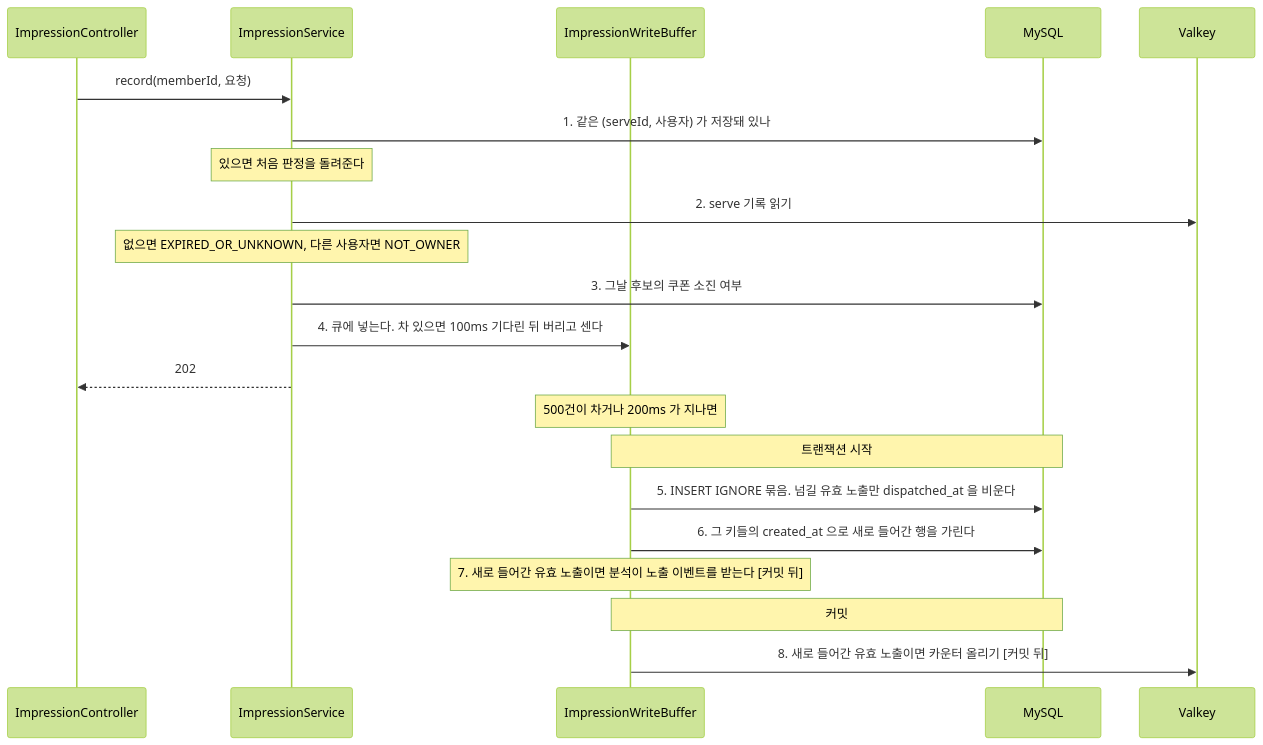
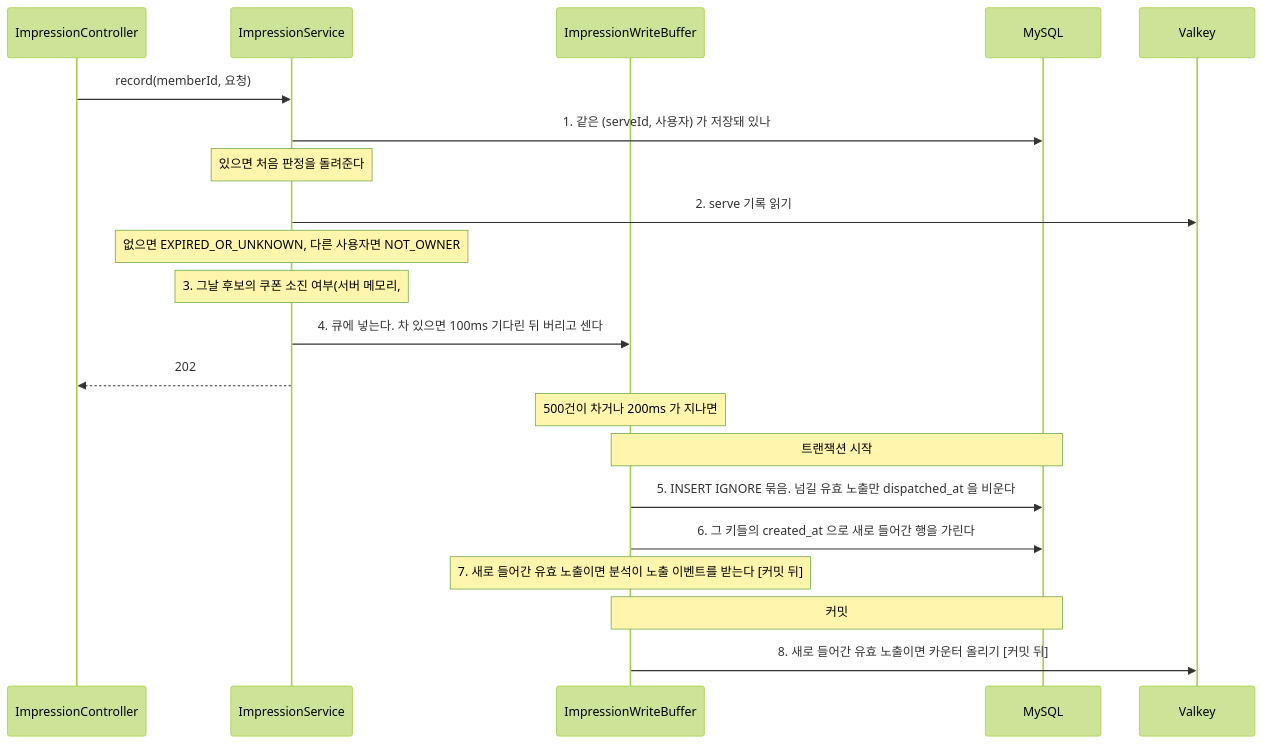
One commit to lunch-catch/lc-backend changed the third of 6 diagrams in docs/design/adserving/adserving_구조와_동작_설계.md. Above: the diagram before and after it, drawn with Mermaid (forest theme). The commit also changed other lines of this file, not shown here.

Commit message:
docs: 노출 순서도의 쿠폰 소진 확인을 서버 메모리로 고친다 (#1042)

````diff
--- a/docs/design/adserving/adserving_구조와_동작_설계.md
+++ b/docs/design/adserving/adserving_구조와_동작_설계.md
@@ -493,23 +493,23 @@
 ```mermaid
 sequenceDiagram
     participant C as ImpressionController
     participant S as ImpressionService
     participant Q as ImpressionWriteBuffer
     participant DB as MySQL
     participant V as Valkey
     C->>S: record(memberId, 요청)
     S->>DB: 1. 같은 (serveId, 사용자) 가 저장돼 있나
     Note over S: 있으면 처음 판정을 돌려준다
     S->>V: 2. serve 기록 읽기
     Note over S: 없으면 EXPIRED_OR_UNKNOWN, 다른 사용자면 NOT_OWNER
-    S->>DB: 3. 그날 후보의 쿠폰 소진 여부
+    Note over S: 3. 그날 후보의 쿠폰 소진 여부(서버 메모리, #1042)
     S->>Q: 4. 큐에 넣는다. 차 있으면 100ms 기다린 뒤 버리고 센다
     S-->>C: 202
     Note over Q: 500건이 차거나 200ms 가 지나면
     Note over Q,DB: 트랜잭션 시작
     Q->>DB: 5. INSERT IGNORE 묶음. 넘길 유효 노출만 dispatched_at 을 비운다
     Q->>DB: 6. 그 키들의 created_at 으로 새로 들어간 행을 가린다
     Note over Q: 7. 새로 들어간 유효 노출이면 분석이 노출 이벤트를 받는다 [커밋 뒤]
     Note over Q,DB: 커밋
     Q->>V: 8. 새로 들어간 유효 노출이면 카운터 올리기 [커밋 뒤]
 ```
````
